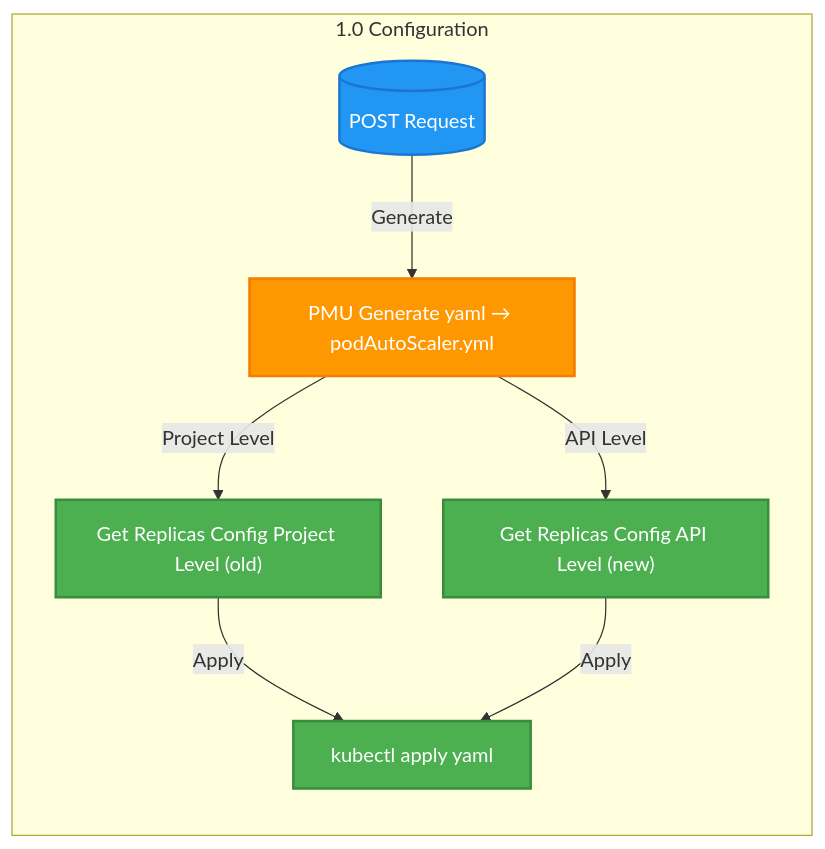
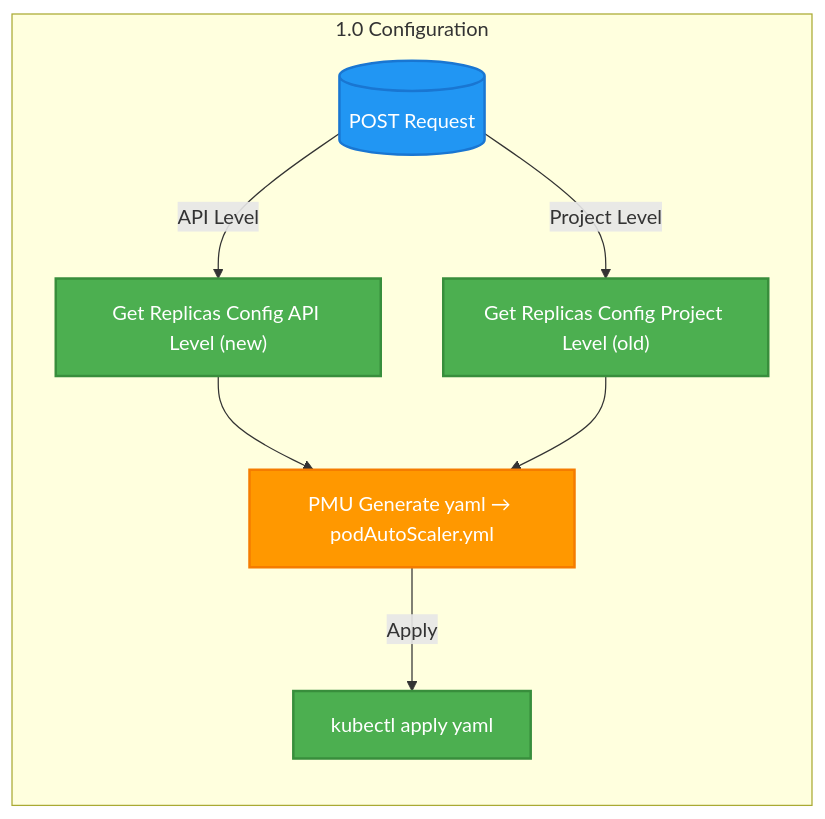
The seventh of 7 diagrams in k8s/hpa/min-max-replicas.md (aibangjuxin/knowledge), drawn with Mermaid before and after one commit. The commit also changed other lines of this file, not shown here.

Commit message:
This is for my macOS git push or pull at Thu Jan 16 18:08:31 CST 2025. Last changed file: k8s/hpa/min-max-replicas.md

````diff
--- a/k8s/hpa/min-max-replicas.md
+++ b/k8s/hpa/min-max-replicas.md
@@ -522,18 +523,18 @@
 ```mermaid
 flowchart LR
     subgraph "1.0 Configuration"
-        A1[("POST Request")] -->|"Generate"| B1["PMU Generate yaml → podAutoScaler.yml"]
-        B1 -->|"Project Level"| C1["Get Replicas Config Project Level (old)"]
-        B1 -->|"API Level"| D1["Get Replicas Config API Level (new)"]
-        C1 -->|"Apply"| E1["kubectl apply yaml"]
-        D1 -->|"Apply"| E1
+        A1[("POST Request")] --> |"API Level"| D1["Get Replicas Config API Level (new)"]
+        A1 -->|"Project Level"| C1["Get Replicas Config Project Level (old)"]
+        D1 --> B1["PMU Generate yaml → podAutoScaler.yml"]
+        C1 --> B1["PMU Generate yaml → podAutoScaler.yml"]
+        B1 -->|"Apply"| E1["kubectl apply yaml"]
         
         classDef primary fill:#2196F3,stroke:#1976D2,stroke-width:2px,color:white
         classDef secondary fill:#FF9800,stroke:#F57C00,stroke-width:2px,color:white
         classDef action fill:#4CAF50,stroke:#388E3C,stroke-width:2px,color:white
         
         class A1 primary
         class B1 secondary
         class C1,D1,E1 action
     end
 ```
````
